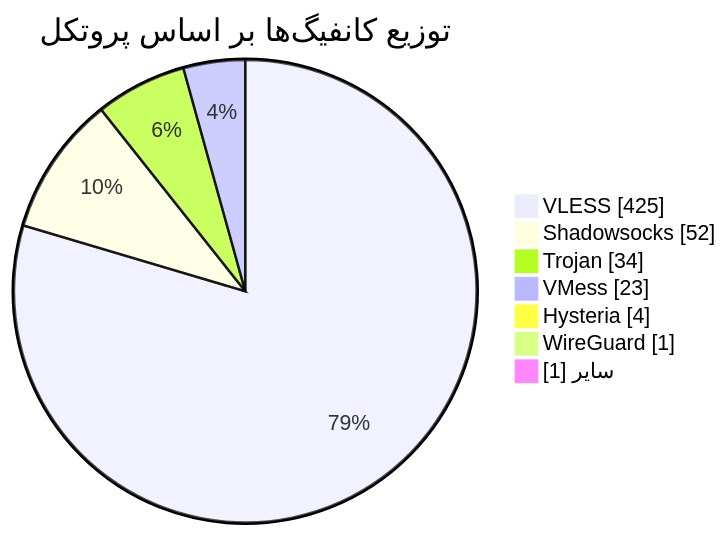
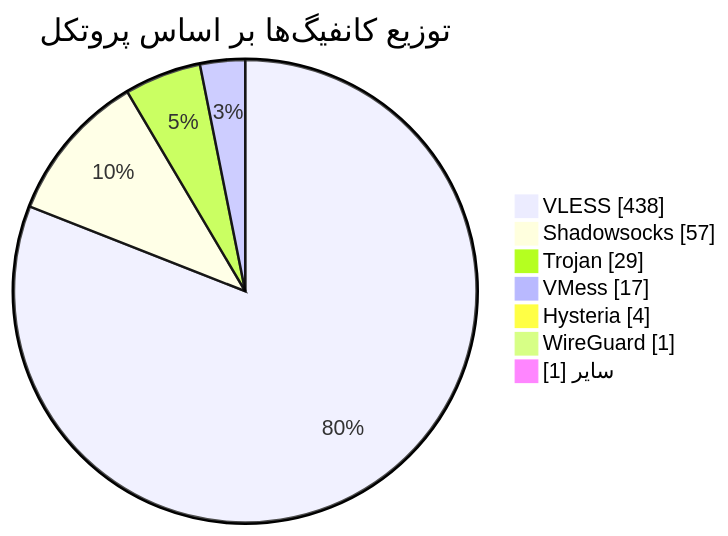
One commit to Arian-Alijani/Somthing changed the diagram in README.md. Above: the diagram before and after it, drawn with Mermaid. The commit also changed other lines of this file and 75 other files, not shown here.

````diff
--- a/README.md
+++ b/README.md
@@ -49,11 +49,11 @@
 ```mermaid
 pie showData
     title توزیع کانفیگ‌ها بر اساس پروتکل
-    "VLESS" : 425
-    "Shadowsocks" : 52
-    "Trojan" : 34
-    "VMess" : 23
+    "VLESS" : 438
+    "Shadowsocks" : 57
+    "Trojan" : 29
+    "VMess" : 17
     "Hysteria" : 4
     "WireGuard" : 1
     "سایر" : 1
 ```
````
